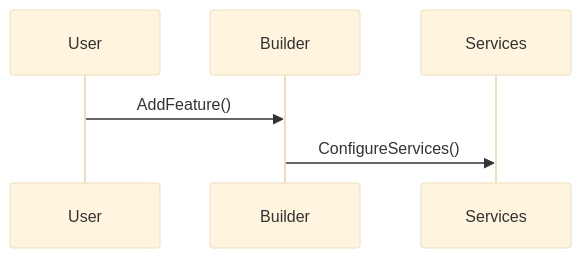
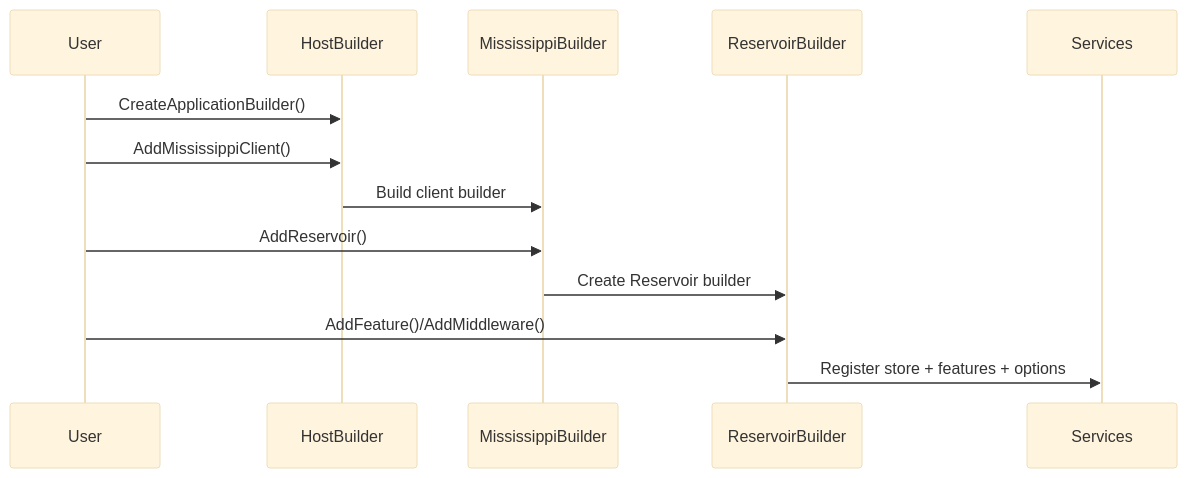
Before and after one commit to Gibbs-Morris/mississippi: the second of 2 diagrams in spec/builder-first-registration/rfc.md, drawn with Mermaid (base theme). The commit also changed other lines of this file and 3 other files, not shown here.

````diff
--- a/spec/builder-first-registration/rfc.md
+++ b/spec/builder-first-registration/rfc.md
@@ -47,8 +60,15 @@
 ```mermaid
 sequenceDiagram
     participant User
-    participant Builder
+    participant HostBuilder
+    participant MississippiBuilder
+    participant ReservoirBuilder
     participant Services
-    User->>Builder: AddFeature()
-    Builder->>Services: ConfigureServices()
+    User->>HostBuilder: CreateApplicationBuilder()
+    User->>HostBuilder: AddMississippiClient()
+    HostBuilder->>MississippiBuilder: Build client builder
+    User->>MississippiBuilder: AddReservoir()
+    MississippiBuilder->>ReservoirBuilder: Create Reservoir builder
+    User->>ReservoirBuilder: AddFeature()/AddMiddleware()
+    ReservoirBuilder->>Services: Register store + features + options
 ```
````
